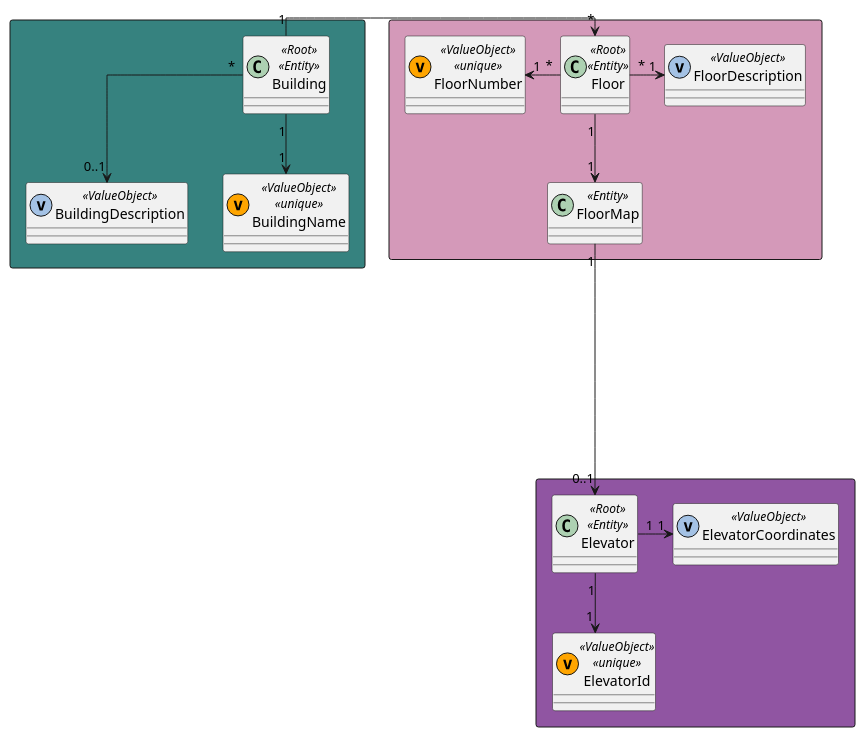
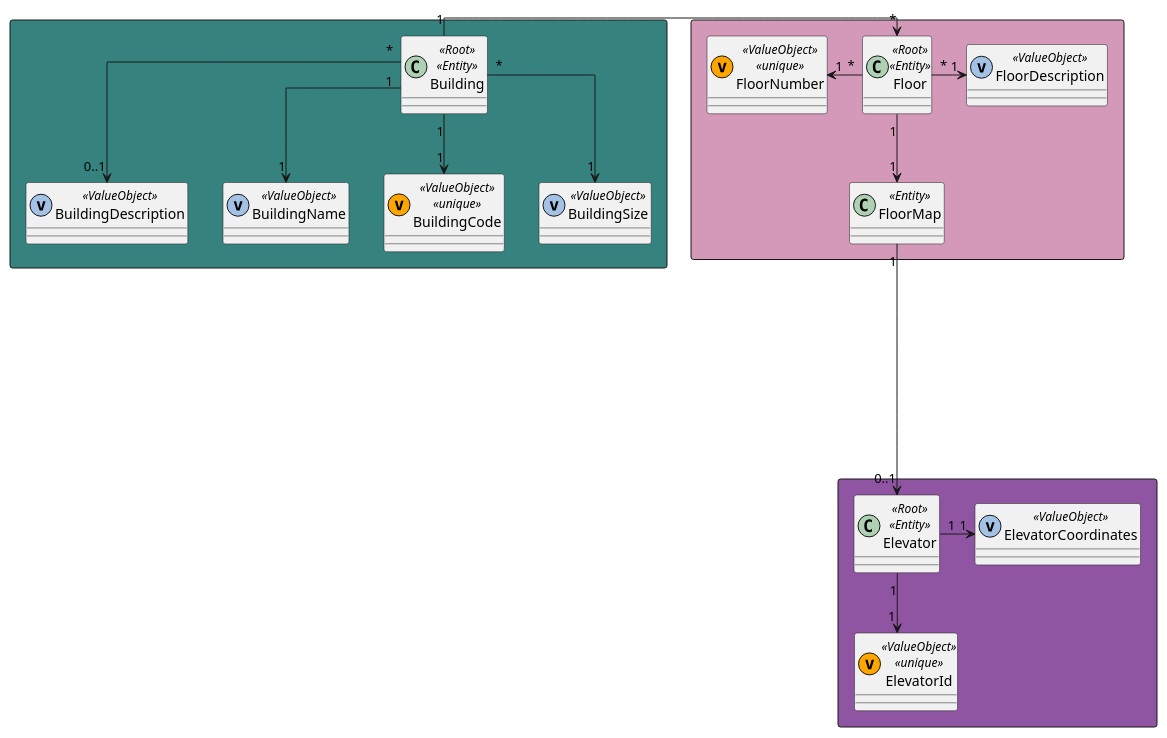
One commit to Pedro-Pereira1/sem5pi_23_24_g056 changed the diagram in docs/US_300/Diagrams/DomainModelExcerpt.puml. Above: the diagram before and after it, drawn with PlantUML. The commit also changed 1 other file, not shown here.

```diff
--- a/docs/US_300/Diagrams/DomainModelExcerpt.puml
+++ b/docs/US_300/Diagrams/DomainModelExcerpt.puml
@@ -1,40 +1,44 @@
 @startuml
 
 skinparam linetype ortho
 
 
 rectangle #36827F{
 class Building  << Root >> << Entity >>
 class BuildingDescription  << (v,#A4C2E5) ValueObject >>
-class BuildingName  << (v,orange) ValueObject >> << unique >>
+class BuildingName  << (v,#A4C2E5) ValueObject >>
+class BuildingCode  << (v,orange) ValueObject >> << unique >>
+class BuildingSize  << (v,#A4C2E5) ValueObject >>
 }
 
 rectangle #D499B9{
 class Floor  << Root >> << Entity >>
 class FloorNumber  << (v,orange) ValueObject >> << unique >>
 class FloorDescription  << (v,#A4C2E5) ValueObject >>
 class FloorMap  << Entity >>
 
 }
 rectangle #9055A2{
 class Elevator  << Root >> << Entity >>
 class ElevatorId  << (v,orange) ValueObject >> << unique >>
 class ElevatorCoordinates << (v,#A4C2E5) ValueObject >>
 }
 
 
 Building "1"->"*" Floor
 Building "*"-->"0..1" BuildingDescription
 Building "1"-->"1" BuildingName
+Building "*"-->"1" BuildingSize
+Building "1"-->"1" BuildingCode
 
 Floor "1"-d->"1" FloorMap
 Floor "*"-u>"1" FloorNumber
 Floor "*"->"1" FloorDescription
 FloorMap "1"-d---->"0..1" Elevator
 
 
 Elevator "1"-d->"1" ElevatorId
 Elevator "1"->"1" ElevatorCoordinates
 
 
 @enduml
```
